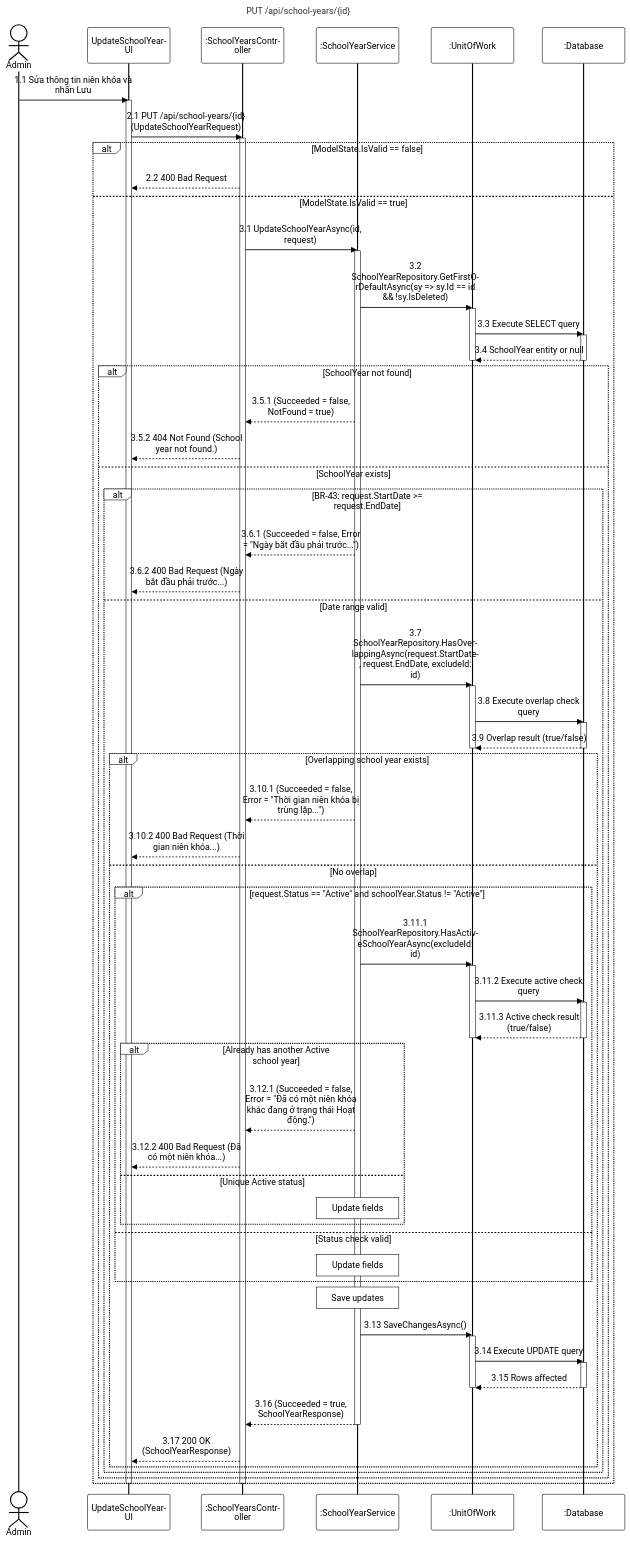
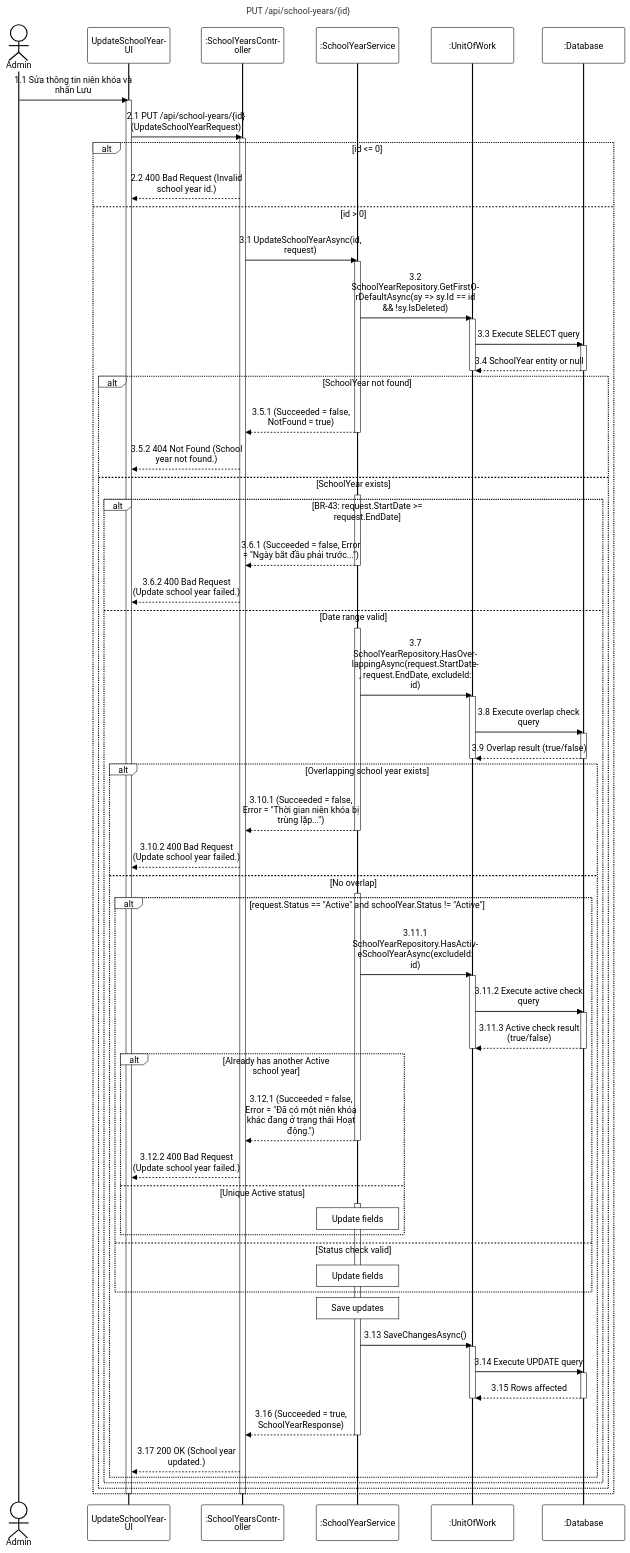
One commit to PhucAnDev/docx-diagram changed the diagram in 08-reports-system-settings/sequence-diagram/apis/update-school-year.mmd. Above: the diagram before and after it, drawn with Mermaid. The commit also changed 3 other files, not shown here.

Commit message:
fix: update create-school-year.mmd and update-school-year.mmd with correct validations, messages, and activations

```diff
--- a/08-reports-system-settings/sequence-diagram/apis/update-school-year.mmd
+++ b/08-reports-system-settings/sequence-diagram/apis/update-school-year.mmd
@@ -1,86 +1,94 @@
 %%{init: {'theme':'base', 'themeVariables': {'actorBkg':'#ffffff','actorBorder':'#000000','actorTextColor':'#000000','actorLineColor':'#000000','signalColor':'#000000','signalTextColor':'#000000','labelBoxBkgColor':'#ffffff','labelBoxBorderColor':'#000000','labelTextColor':'#000000','loopTextColor':'#000000','noteBkgColor':'#ffffff','noteBorderColor':'#000000','noteTextColor':'#000000','activationBorderColor':'#000000','activationBkgColor':'#ffffff','sequenceNumberColor':'#000000'}, 'sequence': {'width':150,'height':65,'actorFontSize':16,'messageFontSize':16,'wrap':true,'wrapPadding':10}}}%%
 sequenceDiagram
     title PUT /api/school-years/{id}
     actor Admin as Admin
     participant UI as UpdateSchoolYearUI
     participant Endpoint as :SchoolYearsController
     participant Service as :SchoolYearService
     participant DB as :UnitOfWork
     participant Database as :Database
 
     Admin->>UI: 1.1 Sửa thông tin niên khóa và nhấn Lưu
     activate UI
     UI->>Endpoint: 2.1 PUT /api/school-years/{id} (UpdateSchoolYearRequest)
     activate Endpoint
 
-    alt ModelState.IsValid == false
-        Endpoint-->>UI: 2.2 400 Bad Request
-    else ModelState.IsValid == true
+    alt id <= 0
+        Endpoint-->>UI: 2.2 400 Bad Request (Invalid school year id.)
+    else id > 0
         Endpoint->>Service: 3.1 UpdateSchoolYearAsync(id, request)
         activate Service
 
         Service->>DB: 3.2 SchoolYearRepository.GetFirstOrDefaultAsync(sy => sy.Id == id && !sy.IsDeleted)
         activate DB
         DB->>Database: 3.3 Execute SELECT query
         activate Database
         Database-->>DB: 3.4 SchoolYear entity or null
         deactivate Database
         deactivate DB
 
         alt SchoolYear not found
             Service-->>Endpoint: 3.5.1 (Succeeded = false, NotFound = true)
+            deactivate Service
             Endpoint-->>UI: 3.5.2 404 Not Found (School year not found.)
         else SchoolYear exists
+            activate Service
             alt BR-43: request.StartDate >= request.EndDate
                 Service-->>Endpoint: 3.6.1 (Succeeded = false, Error = "Ngày bắt đầu phải trước...")
-                Endpoint-->>UI: 3.6.2 400 Bad Request (Ngày bắt đầu phải trước...)
+                deactivate Service
+                Endpoint-->>UI: 3.6.2 400 Bad Request (Update school year failed.)
             else Date range valid
+                activate Service
                 Service->>DB: 3.7 SchoolYearRepository.HasOverlappingAsync(request.StartDate, request.EndDate, excludeId: id)
                 activate DB
                 DB->>Database: 3.8 Execute overlap check query
                 activate Database
                 Database-->>DB: 3.9 Overlap result (true/false)
                 deactivate Database
                 deactivate DB
 
                 alt Overlapping school year exists
                     Service-->>Endpoint: 3.10.1 (Succeeded = false, Error = "Thời gian niên khóa bị trùng lặp...")
-                    Endpoint-->>UI: 3.10.2 400 Bad Request (Thời gian niên khóa...)
+                    deactivate Service
+                    Endpoint-->>UI: 3.10.2 400 Bad Request (Update school year failed.)
                 else No overlap
+                    activate Service
                     alt request.Status == "Active" and schoolYear.Status != "Active"
                         Service->>DB: 3.11.1 SchoolYearRepository.HasActiveSchoolYearAsync(excludeId: id)
                         activate DB
                         DB->>Database: 3.11.2 Execute active check query
                         activate Database
                         Database-->>DB: 3.11.3 Active check result (true/false)
                         deactivate Database
                         deactivate DB
 
                         alt Already has another Active school year
                             Service-->>Endpoint: 3.12.1 (Succeeded = false, Error = "Đã có một niên khóa khác đang ở trạng thái Hoạt động.")
-                            Endpoint-->>UI: 3.12.2 400 Bad Request (Đã có một niên khóa...)
+                            deactivate Service
+                            Endpoint-->>UI: 3.12.2 400 Bad Request (Update school year failed.)
                         else Unique Active status
+                            activate Service
                             note over Service: Update fields
                         end
                     else Status check valid
                         note over Service: Update fields
                     end
 
                     note over Service: Save updates
                     Service->>DB: 3.13 SaveChangesAsync()
                     activate DB
                     DB->>Database: 3.14 Execute UPDATE query
                     activate Database
                     Database-->>DB: 3.15 Rows affected
                     deactivate Database
                     deactivate DB
 
                     Service-->>Endpoint: 3.16 (Succeeded = true, SchoolYearResponse)
                     deactivate Service
-                    Endpoint-->>UI: 3.17 200 OK (SchoolYearResponse)
+                    Endpoint-->>UI: 3.17 200 OK (School year updated.)
                 end
             end
         end
     end
     deactivate Endpoint
     deactivate UI
```
